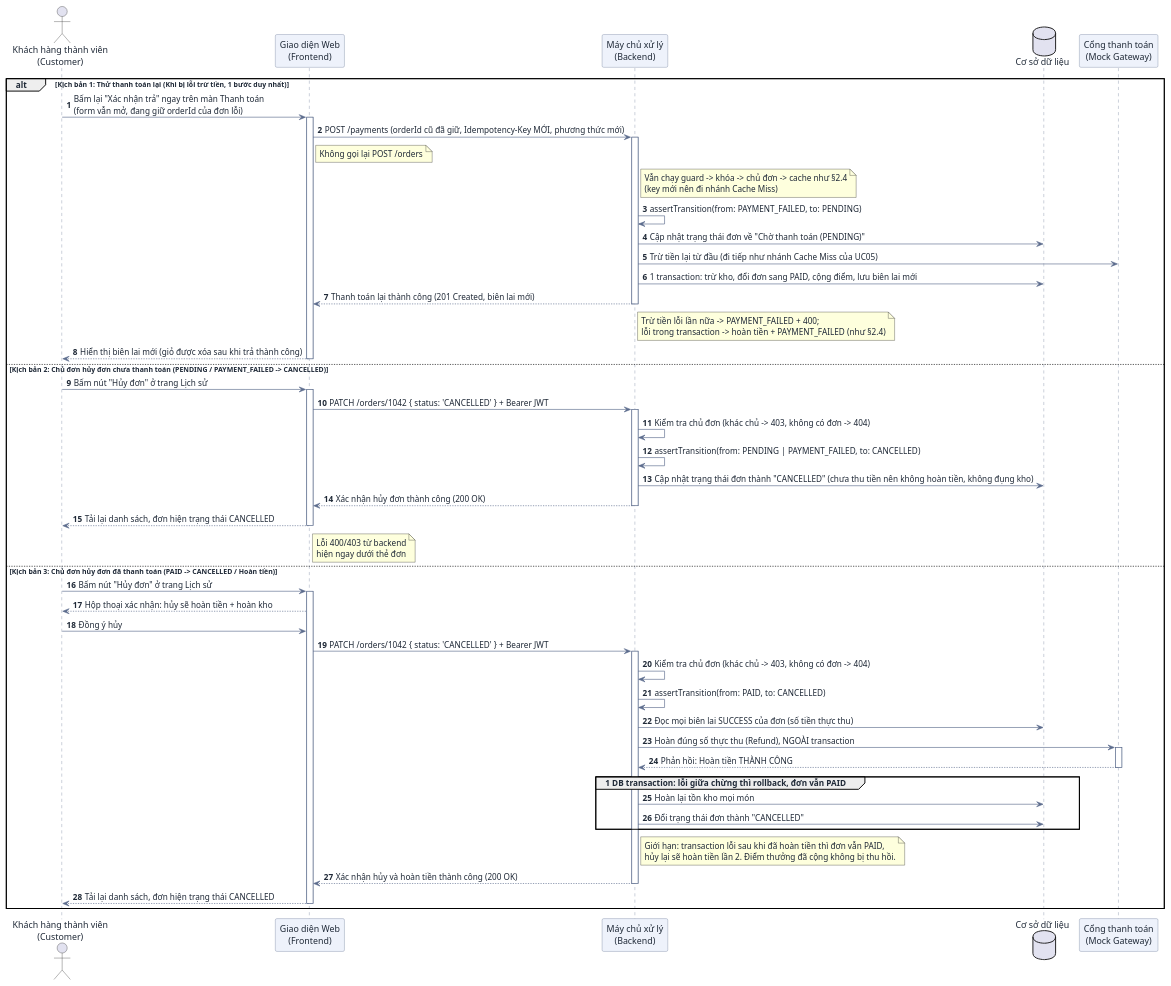
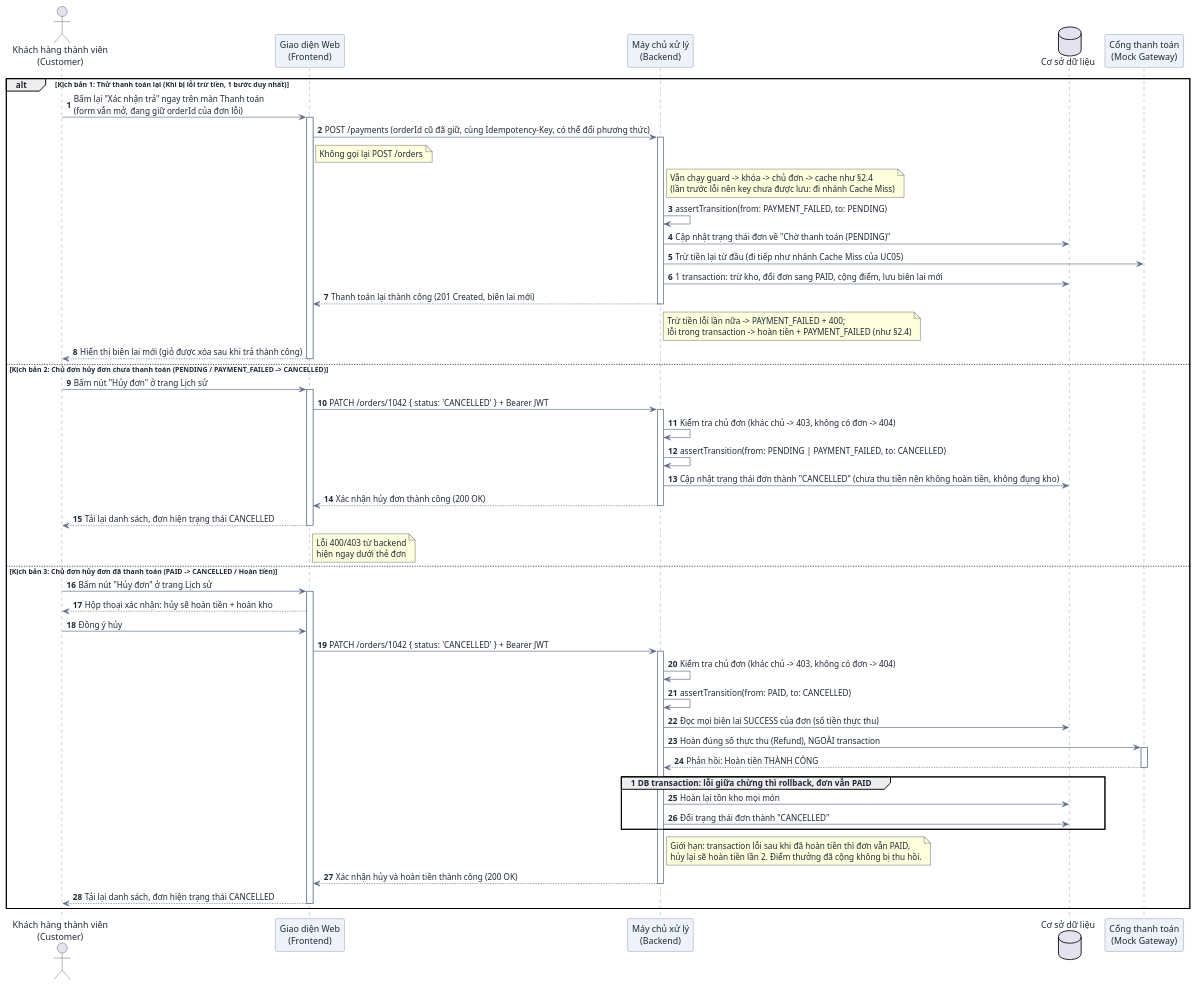
The fifth of 9 diagrams in docs/user-sequence-specifications.md (DuVinhLoi/BrewLite), drawn with PlantUML before and after one commit. The commit also changed other lines of this file and 5 other files, not shown here.

````diff
--- a/docs/user-sequence-specifications.md
+++ b/docs/user-sequence-specifications.md
@@ -505,72 +505,72 @@
 ```plantuml
 @startuml
 skinparam DefaultFontColor #1f2937
 skinparam ArrowColor #5b6b8c
 skinparam SequenceParticipantBackgroundColor #eef2fb
 skinparam SequenceParticipantBorderColor #5b6b8c
 skinparam SequenceLifeLineBorderColor #5b6b8c
 
 autonumber
 actor "Khách hàng thành viên\n(Customer)" as User
 participant "Giao diện Web\n(Frontend)" as FE
 participant "Máy chủ xử lý\n(Backend)" as BE
 database "Cơ sở dữ liệu" as DB
 participant "Cổng thanh toán\n(Mock Gateway)" as Gateway
 
 alt Kịch bản 1: Thử thanh toán lại (Khi bị lỗi trừ tiền, 1 bước duy nhất)
     User -> FE : Bấm lại "Xác nhận trả" ngay trên màn Thanh toán\n(form vẫn mở, đang giữ orderId của đơn lỗi)
     activate FE
-    FE -> BE : POST /payments (orderId cũ đã giữ, Idempotency-Key MỚI, phương thức mới)
+    FE -> BE : POST /payments (orderId cũ đã giữ, cùng Idempotency-Key, có thể đổi phương thức)
     note right of FE : Không gọi lại POST /orders
     activate BE
-    note right of BE : Vẫn chạy guard -> khóa -> chủ đơn -> cache như §2.4\n(key mới nên đi nhánh Cache Miss)
+    note right of BE : Vẫn chạy guard -> khóa -> chủ đơn -> cache như §2.4\n(lần trước lỗi nên key chưa được lưu: đi nhánh Cache Miss)
     BE -> BE : assertTransition(from: PAYMENT_FAILED, to: PENDING)
     BE -> DB : Cập nhật trạng thái đơn về "Chờ thanh toán (PENDING)"
     BE -> Gateway : Trừ tiền lại từ đầu (đi tiếp như nhánh Cache Miss của UC05)
     BE -> DB : 1 transaction: trừ kho, đổi đơn sang PAID, cộng điểm, lưu biên lai mới
     BE --> FE : Thanh toán lại thành công (201 Created, biên lai mới)
     note right of BE : Trừ tiền lỗi lần nữa -> PAYMENT_FAILED + 400;\nlỗi trong transaction -> hoàn tiền + PAYMENT_FAILED (như §2.4)
     deactivate BE
     FE --> User : Hiển thị biên lai mới (giỏ được xóa sau khi trả thành công)
     deactivate FE
 
 else Kịch bản 2: Chủ đơn hủy đơn chưa thanh toán (PENDING / PAYMENT_FAILED -> CANCELLED)
     User -> FE : Bấm nút "Hủy đơn" ở trang Lịch sử
     activate FE
     FE -> BE : PATCH /orders/1042 { status: 'CANCELLED' } + Bearer JWT
     activate BE
     BE -> BE : Kiểm tra chủ đơn (khác chủ -> 403, không có đơn -> 404)
     BE -> BE : assertTransition(from: PENDING | PAYMENT_FAILED, to: CANCELLED)
     BE -> DB : Cập nhật trạng thái đơn thành "CANCELLED" (chưa thu tiền nên không hoàn tiền, không đụng kho)
     BE --> FE : Xác nhận hủy đơn thành công (200 OK)
     deactivate BE
     FE --> User : Tải lại danh sách, đơn hiện trạng thái CANCELLED
     note right of FE : Lỗi 400/403 từ backend\nhiện ngay dưới thẻ đơn
     deactivate FE
 
 else Kịch bản 3: Chủ đơn hủy đơn đã thanh toán (PAID -> CANCELLED / Hoàn tiền)
     User -> FE : Bấm nút "Hủy đơn" ở trang Lịch sử
     activate FE
     FE --> User : Hộp thoại xác nhận: hủy sẽ hoàn tiền + hoàn kho
     User -> FE : Đồng ý hủy
     FE -> BE : PATCH /orders/1042 { status: 'CANCELLED' } + Bearer JWT
     activate BE
     BE -> BE : Kiểm tra chủ đơn (khác chủ -> 403, không có đơn -> 404)
     BE -> BE : assertTransition(from: PAID, to: CANCELLED)
     BE -> DB : Đọc mọi biên lai SUCCESS của đơn (số tiền thực thu)
     BE -> Gateway : Hoàn đúng số thực thu (Refund), NGOÀI transaction
     activate Gateway
     Gateway --> BE : Phản hồi: Hoàn tiền THÀNH CÔNG
     deactivate Gateway
     group 1 DB transaction: lỗi giữa chừng thì rollback, đơn vẫn PAID
         BE -> DB : Hoàn lại tồn kho mọi món
         BE -> DB : Đổi trạng thái đơn thành "CANCELLED"
     end
     note right of BE : Giới hạn: transaction lỗi sau khi đã hoàn tiền thì đơn vẫn PAID,\nhủy lại sẽ hoàn tiền lần 2. Điểm thưởng đã cộng không bị thu hồi.
     BE --> FE : Xác nhận hủy và hoàn tiền thành công (200 OK)
     deactivate BE
     FE --> User : Tải lại danh sách, đơn hiện trạng thái CANCELLED
     deactivate FE
 end
 @enduml
 ```
````
